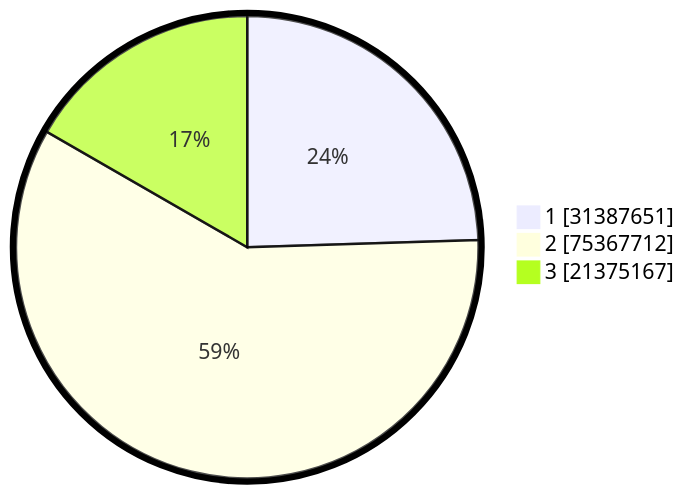
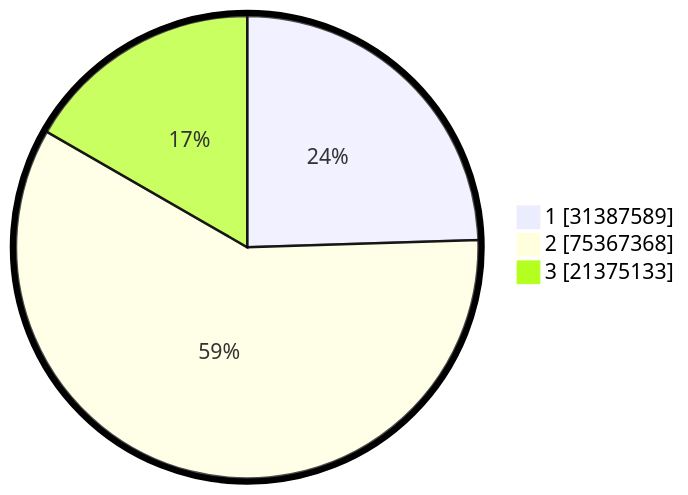
Before and after one commit to gigit-pemilu/pemilu-2024: the second of 2 diagrams in pilpres/hitung-suara/README.md, drawn with Mermaid. The commit also changed other lines of this file and 6 other files, not shown here.

````diff
--- a/pilpres/hitung-suara/README.md
+++ b/pilpres/hitung-suara/README.md
@@ -93,7 +93,7 @@
 ```mermaid
 %%{init: {"pie": {"textPosition": 0.5}, "themeVariables": {"pieOuterStrokeWidth": "5px"}} }%%
 pie showData
-    "1" : 31387651
-    "2" : 75367712
-    "3" : 21375167
+    "1" : 31387589
+    "2" : 75367368
+    "3" : 21375133
 ```
````
